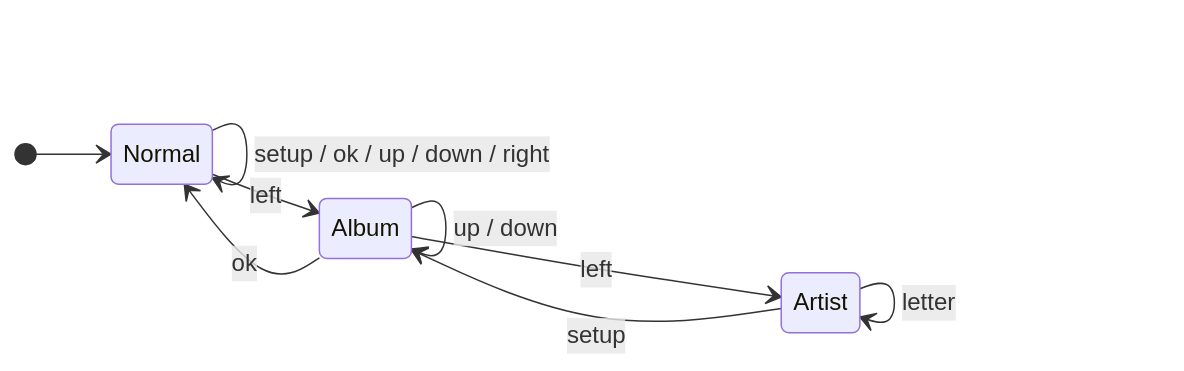
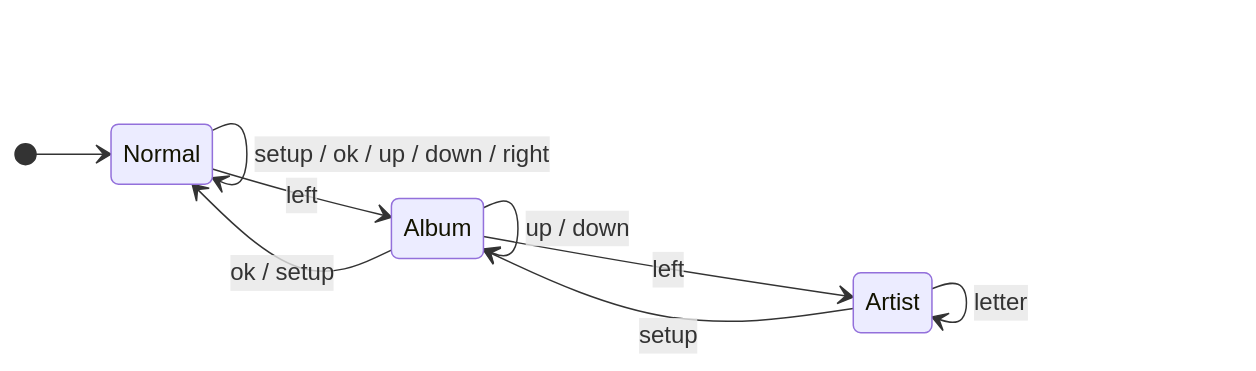
Before and after one commit to sbeaugrand/mps: the first of 3 diagrams in README.md, drawn with Mermaid. The commit also changed other lines of this file, not shown here.

````diff
--- a/README.md
+++ b/README.md
@@ -148,12 +25,12 @@
 ```mermaid
 stateDiagram
     direction LR
     [*] --> Normal
     Normal --> Normal: setup / ok / up / down / right
     Normal --> Album: left
-    Album --> Normal: ok
+    Album --> Normal: ok / setup
     Album --> Album: up / down
     Album --> Artist: left
     Artist --> Album: setup
     Artist --> Artist: letter
 ```
````
